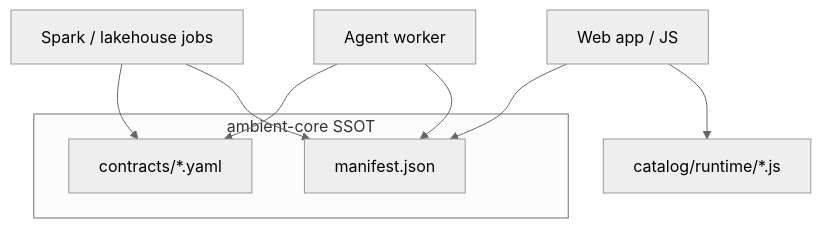
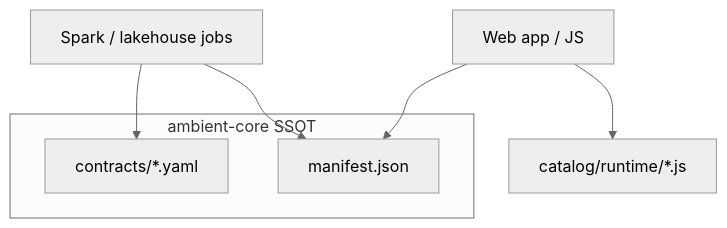
Before and after one commit to Ambient-Team/ambient-core: the second of 2 diagrams in docs/governed-data.md, drawn with Mermaid (neutral theme). The commit also changed other lines of this file and 89 other files, not shown here.

````diff
--- a/docs/governed-data.md
+++ b/docs/governed-data.md
@@ -63,16 +63,13 @@
 ```mermaid
 flowchart TB
   subgraph ssot [ambient-core SSOT]
     C[contracts/*.yaml]
     M[manifest.json]
   end
   UI[Web app / JS]
   Jobs[Spark / lakehouse jobs]
-  Agent[Agent worker]
   UI --> M
   UI --> runtime[catalog/runtime/*.js]
   Jobs --> C
   Jobs --> M
-  Agent --> C
-  Agent --> M
 ```
````
